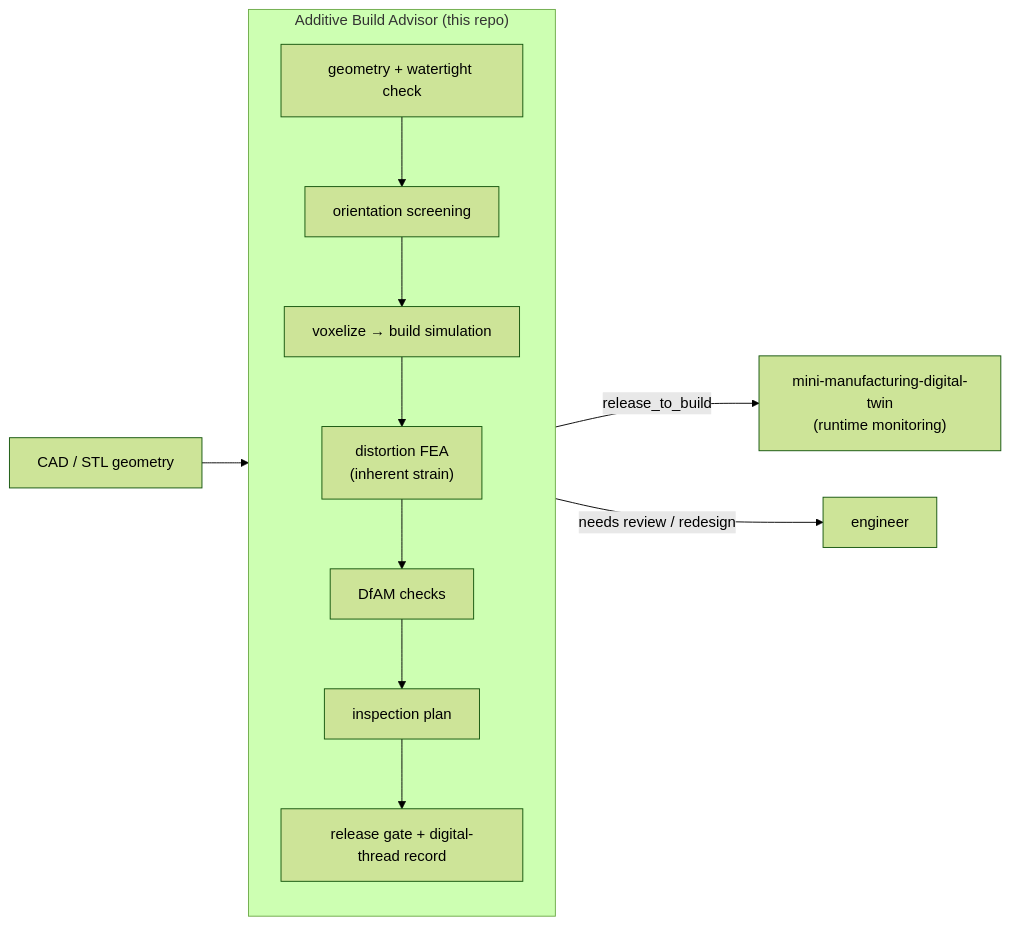
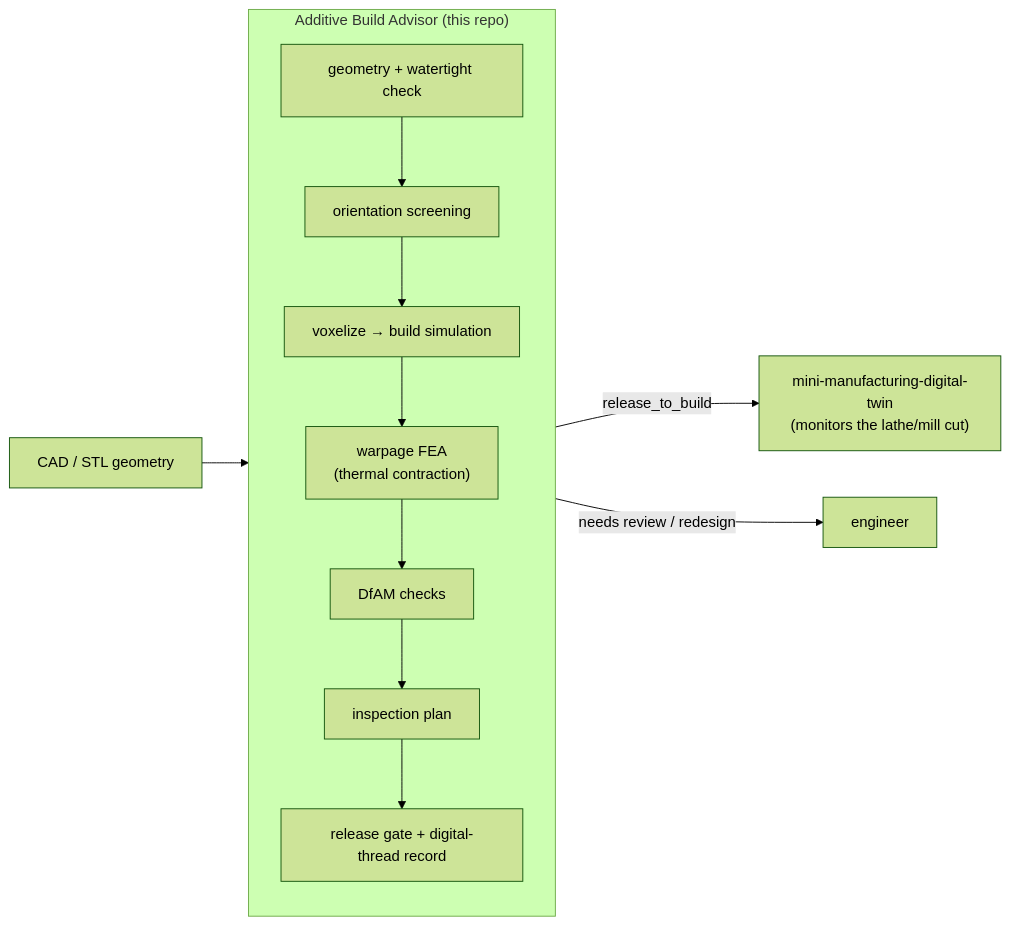
The diagram in README.md (Seymurhh/additive-build-advisor), drawn with Mermaid (forest theme) before and after one commit. The commit also changed other lines of this file and 25 other files, not shown here.

First line of the commit message:
Recenter on FFF as an ES 51 teaching demo; warpage via thermal contraction

````diff
--- a/README.md
+++ b/README.md
@@ -63,15 +74,15 @@
 ```mermaid
 flowchart LR
     CAD["CAD / STL geometry"] --> ABA
     subgraph ABA["Additive Build Advisor (this repo)"]
       direction TB
       G["geometry + watertight check"] --> O["orientation screening"]
       O --> V["voxelize → build simulation"]
-      V --> F["distortion FEA\n(inherent strain)"]
+      V --> F["warpage FEA\n(thermal contraction)"]
       F --> D["DfAM checks"]
       D --> I["inspection plan"]
       I --> R["release gate + digital-thread record"]
     end
-    R -->|release_to_build| TWIN["mini-manufacturing-digital-twin\n(runtime monitoring)"]
+    R -->|release_to_build| TWIN["mini-manufacturing-digital-twin\n(monitors the lathe/mill cut)"]
     R -->|needs review / redesign| HUMAN["engineer"]
 ```
````
